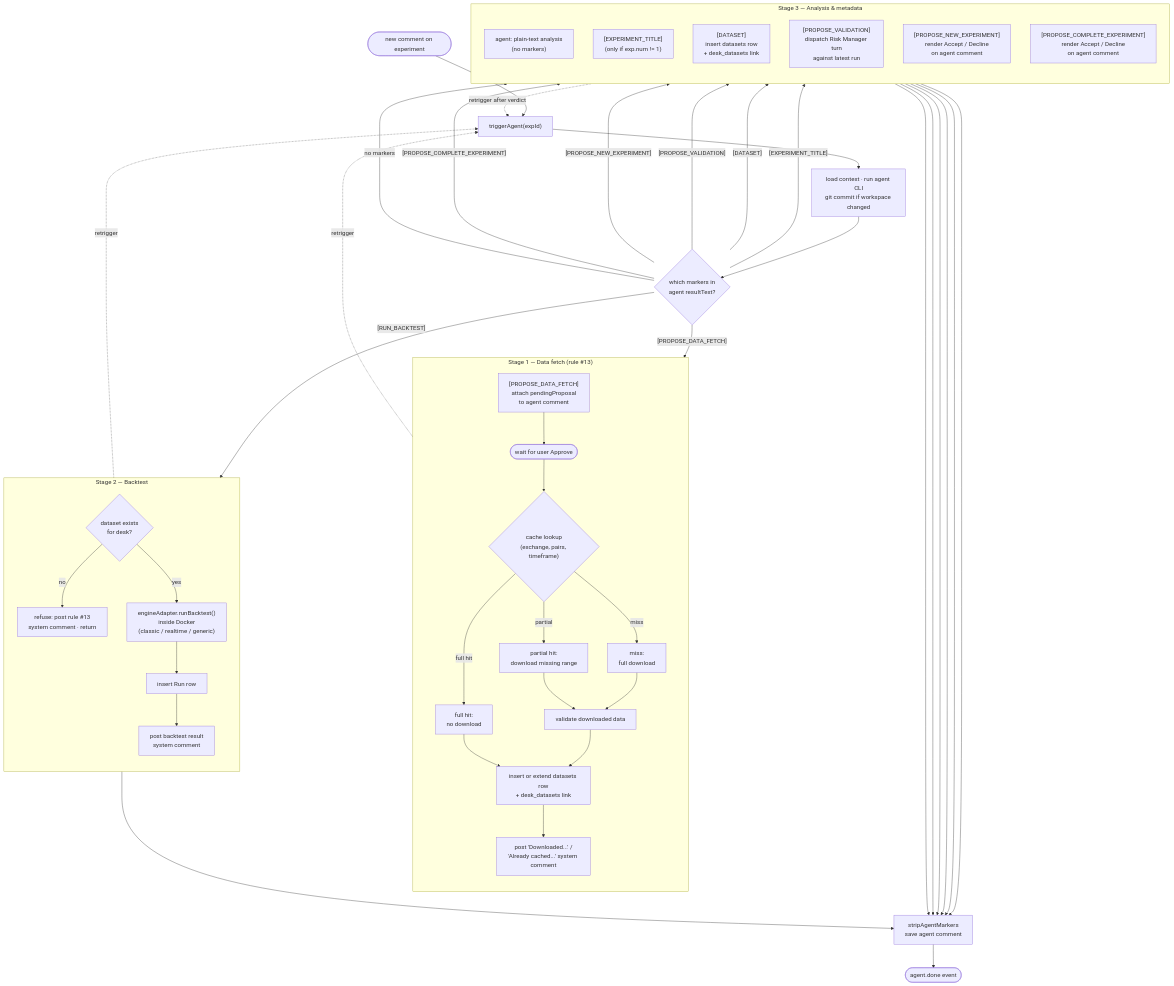
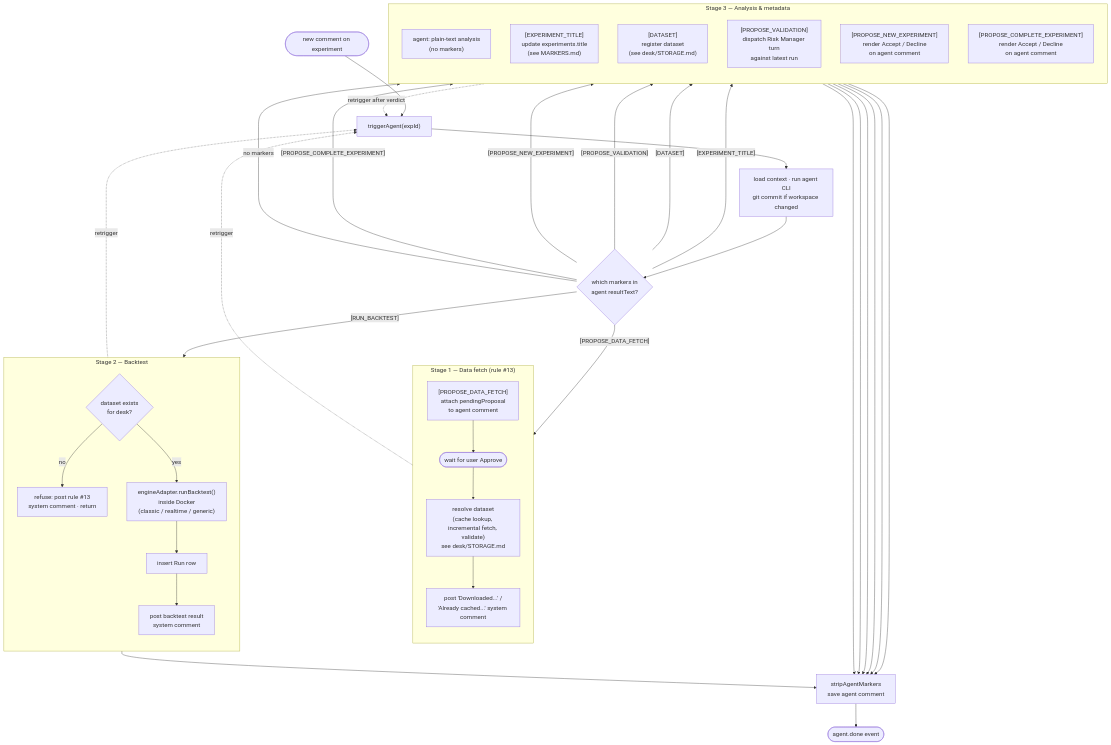
One commit to 0xbet-ai/QuantDesk changed the first of 2 diagrams in doc/agent/LIFECYCLE.md. Above: the diagram before and after it, drawn with Mermaid. The commit also changed 4 other files, not shown here.

````diff
--- a/doc/agent/LIFECYCLE.md
+++ b/doc/agent/LIFECYCLE.md
@@ -9,71 +9,62 @@
 ```mermaid
 %%{init: {'flowchart': {'nodeSpacing': 55, 'rankSpacing': 65, 'htmlLabels': true}, 'themeVariables': {'fontSize': '17px'}}}%%
 flowchart TD
     Start(["new comment on experiment"]) --> Trigger["triggerAgent(expId)"]
     Trigger --> Ctx["load context · run agent CLI<br/>git commit if workspace changed"]
     Ctx --> Parse{"which markers in<br/>agent resultText?"}
 
     %% ── STAGE 1: data fetch lifecycle ──
     subgraph S1["Stage 1 — Data fetch (rule #13)"]
         direction TB
         P1["#91;PROPOSE_DATA_FETCH#93;<br/>attach pendingProposal<br/>to agent comment"]
         P2(["wait for user Approve"])
-        PL{"cache lookup<br/>(exchange, pairs, timeframe)"}
-        PFH["full hit:<br/>no download"]
-        PPH["partial hit:<br/>download missing range"]
-        PMS["miss:<br/>full download"]
-        PV["validate downloaded data"]
-        P3a["insert or extend datasets row<br/>+ desk_datasets link"]
+        PL["resolve dataset<br/>(cache lookup, incremental fetch, validate)<br/>see desk/STORAGE.md"]
         P4["post 'Downloaded...' /<br/>'Already cached...' system comment"]
-        P1 --> P2 --> PL
-        PL -- full hit --> PFH --> P3a
-        PL -- partial --> PPH --> PV
-        PL -- miss --> PMS --> PV
-        PV --> P3a --> P4
+        P1 --> P2 --> PL --> P4
     end
 
     %% ── STAGE 2: backtest lifecycle ──
     subgraph S2["Stage 2 — Backtest"]
         direction TB
         B0{"dataset exists<br/>for desk?"}
         B1["refuse: post rule #13<br/>system comment · return"]
         B2["engineAdapter.runBacktest()<br/>inside Docker<br/>(classic / realtime / generic)"]
         B3["insert Run row"]
         B4["post backtest result<br/>system comment"]
         B0 -- no --> B1
         B0 -- yes --> B2 --> B3 --> B4
     end
 
     %% ── STAGE 3: analysis / metadata ──
     subgraph S3["Stage 3 — Analysis &amp; metadata"]
         direction TB
         A1["agent: plain-text analysis<br/>(no markers)"]
-        A2["#91;EXPERIMENT_TITLE#93;<br/>(only if exp.num != 1)"]
-        A3["#91;DATASET#93;<br/>insert datasets row<br/>+ desk_datasets link"]
+        A2["#91;EXPERIMENT_TITLE#93;<br/>update experiments.title<br/>(see MARKERS.md)"]
+        A3["#91;DATASET#93;<br/>register dataset<br/>(see desk/STORAGE.md)"]
         A4["#91;PROPOSE_VALIDATION#93;<br/>dispatch Risk Manager turn<br/>against latest run"]
         A5["#91;PROPOSE_NEW_EXPERIMENT#93;<br/>render Accept / Decline<br/>on agent comment"]
         A6["#91;PROPOSE_COMPLETE_EXPERIMENT#93;<br/>render Accept / Decline<br/>on agent comment"]
     end
 
     Parse -- "#91;PROPOSE_DATA_FETCH#93;" --> P1
     Parse -- "#91;RUN_BACKTEST#93;" --> B0
     Parse -- "#91;EXPERIMENT_TITLE#93;" --> A2
     Parse -- "#91;DATASET#93;" --> A3
     Parse -- "#91;PROPOSE_VALIDATION#93;" --> A4
     Parse -- "#91;PROPOSE_NEW_EXPERIMENT#93;" --> A5
     Parse -- "#91;PROPOSE_COMPLETE_EXPERIMENT#93;" --> A6
     Parse -- "no markers" --> A1
 
     %% retrigger edges showing the stage cycle
     P4 -. "retrigger" .-> Trigger
     B4 -. "retrigger" .-> Trigger
     A4 -. "retrigger after verdict" .-> Trigger
     A1 --> Strip
     A2 --> Strip
     A3 --> Strip
     A4 --> Strip
     A5 --> Strip
     A6 --> Strip
     B1 --> Strip
     Strip["stripAgentMarkers<br/>save agent comment"] --> Done(["agent.done event"])
 ```
````
